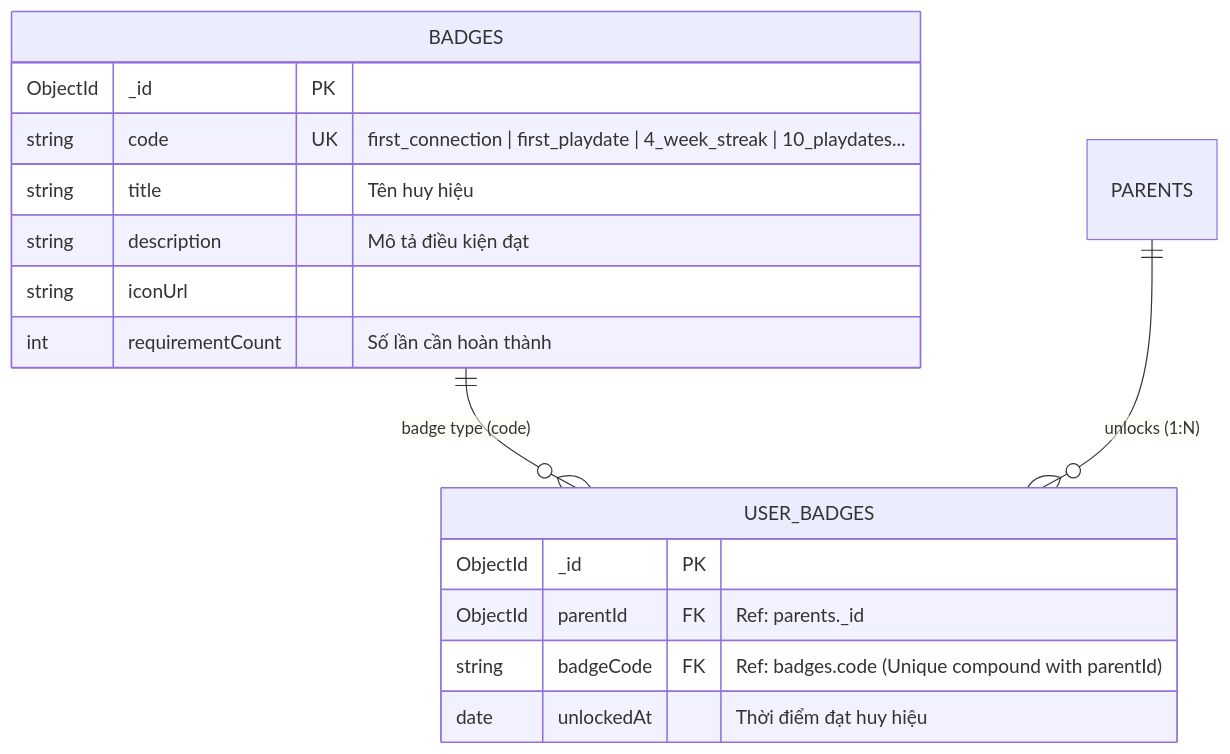
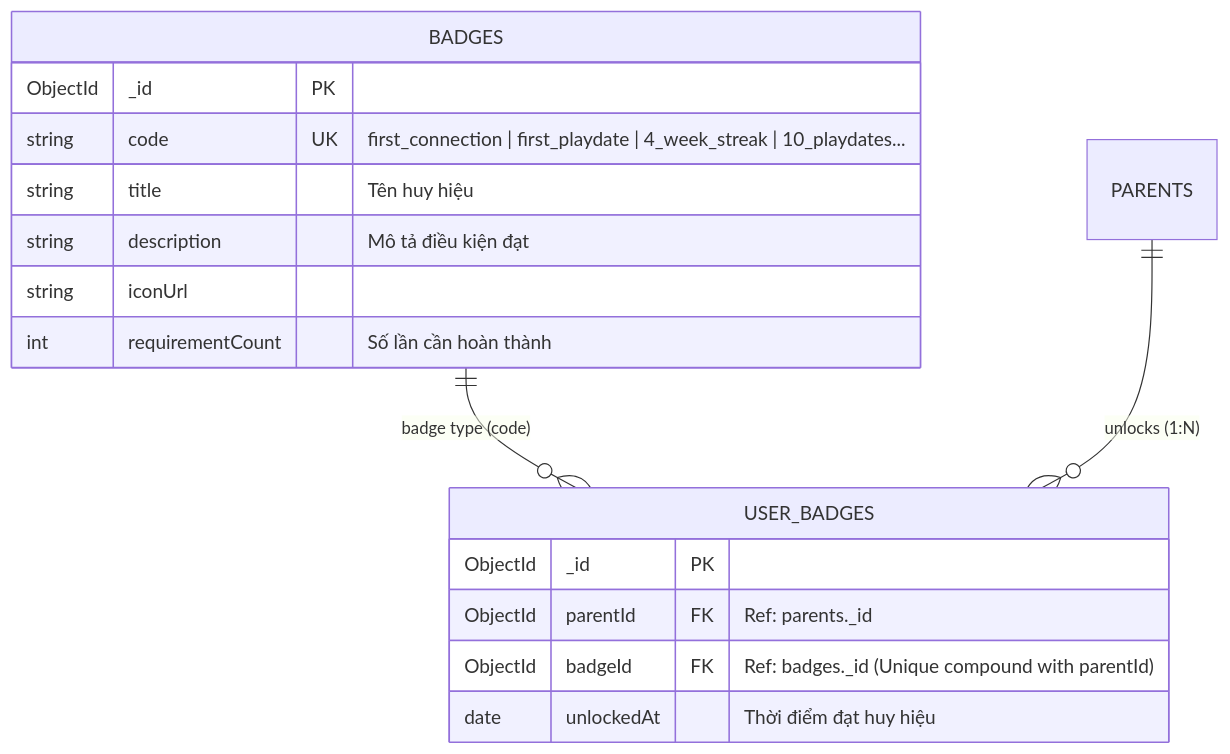
The sixth of 8 diagrams in docs/DATABASE_SCHEMA.md (BuddyLink-Team/Back-End), drawn with Mermaid before and after one commit. The commit also changed other lines of this file and 7 other files, not shown here.

Commit message:
feat(gamification): update badge handling and user badge model to use badgeId feat(database): enhance database schema with playdate leaves and admin notifications feat(import): add script to import seeded accounts from another database fix(seed): ensure correct plan restoration for existing accounts

````diff
--- a/docs/DATABASE_SCHEMA.md
+++ b/docs/DATABASE_SCHEMA.md
@@ -401,21 +451,21 @@
 ```mermaid
 erDiagram
     BADGES ||--o{ USER_BADGES : "badge type (code)"
     PARENTS ||--o{ USER_BADGES : "unlocks (1:N)"
 
     BADGES {
         ObjectId _id PK
         string code UK "first_connection | first_playdate | 4_week_streak | 10_playdates..."
         string title "Tên huy hiệu"
         string description "Mô tả điều kiện đạt"
         string iconUrl
         int requirementCount "Số lần cần hoàn thành"
     }
 
     USER_BADGES {
         ObjectId _id PK
         ObjectId parentId FK "Ref: parents._id"
-        string badgeCode FK "Ref: badges.code (Unique compound with parentId)"
+        ObjectId badgeId FK "Ref: badges._id (Unique compound with parentId)"
         date unlockedAt "Thời điểm đạt huy hiệu"
     }
 ```
````
